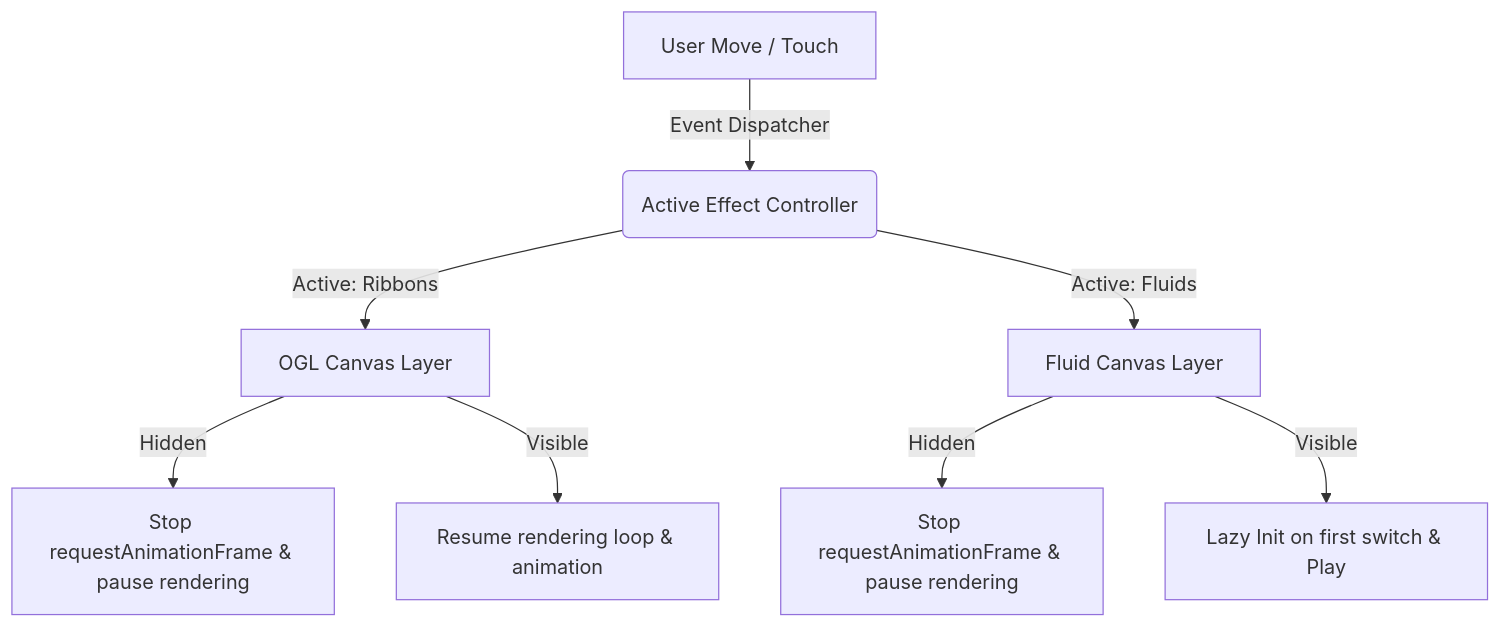
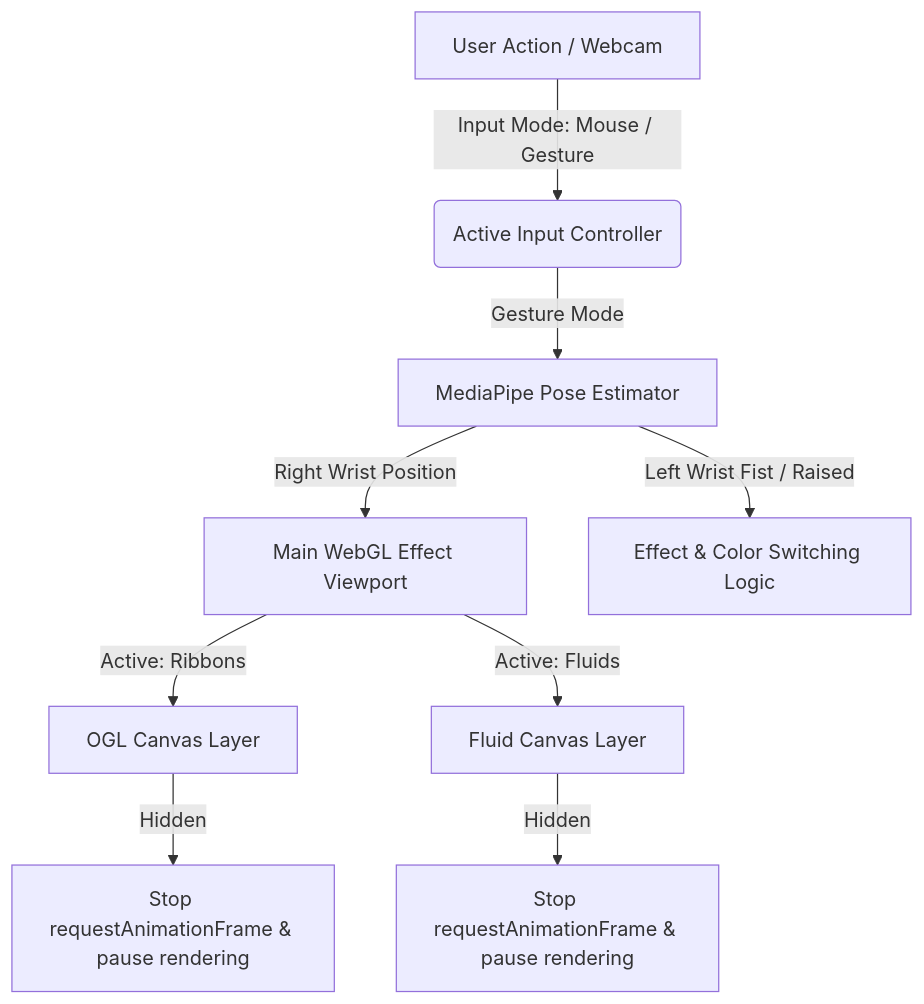
Before and after one commit to pyw110001/WebGL_Particles: the diagram in webgl_effects_replication_guide.md, drawn with Mermaid. The commit also changed other lines of this file and 4 other files, not shown here.

Commit message:
feat: implement Pose gesture controls (right wrist draw, left hand fist/raised mode switches) and update documentation

````diff
--- a/webgl_effects_replication_guide.md
+++ b/webgl_effects_replication_guide.md
@@ -21,10 +23,11 @@
 ```mermaid
 graph TD
-    A[User Move / Touch] -->|Event Dispatcher| B(Active Effect Controller)
-    B -->|Active: Ribbons| C[OGL Canvas Layer]
-    B -->|Active: Fluids| D[Fluid Canvas Layer]
-    C -->|Hidden| C_Pause[Stop requestAnimationFrame & pause rendering]
-    D -->|Hidden| D_Pause[Stop requestAnimationFrame & pause rendering]
-    C -->|Visible| C_Play[Resume rendering loop & animation]
-    D -->|Visible| D_Play[Lazy Init on first switch & Play]
+    A[User Action / Webcam] -->|Input Mode: Mouse / Gesture| B(Active Input Controller)
+    B -->|Gesture Mode| MP[MediaPipe Pose Estimator]
+    MP -->|Right Wrist Position| C[Main WebGL Effect Viewport]
+    MP -->|Left Wrist Fist / Raised| D[Effect & Color Switching Logic]
+    C -->|Active: Ribbons| E[OGL Canvas Layer]
+    C -->|Active: Fluids| F[Fluid Canvas Layer]
+    E -->|Hidden| E_Pause[Stop requestAnimationFrame & pause rendering]
+    F -->|Hidden| F_Pause[Stop requestAnimationFrame & pause rendering]
 ```
````
